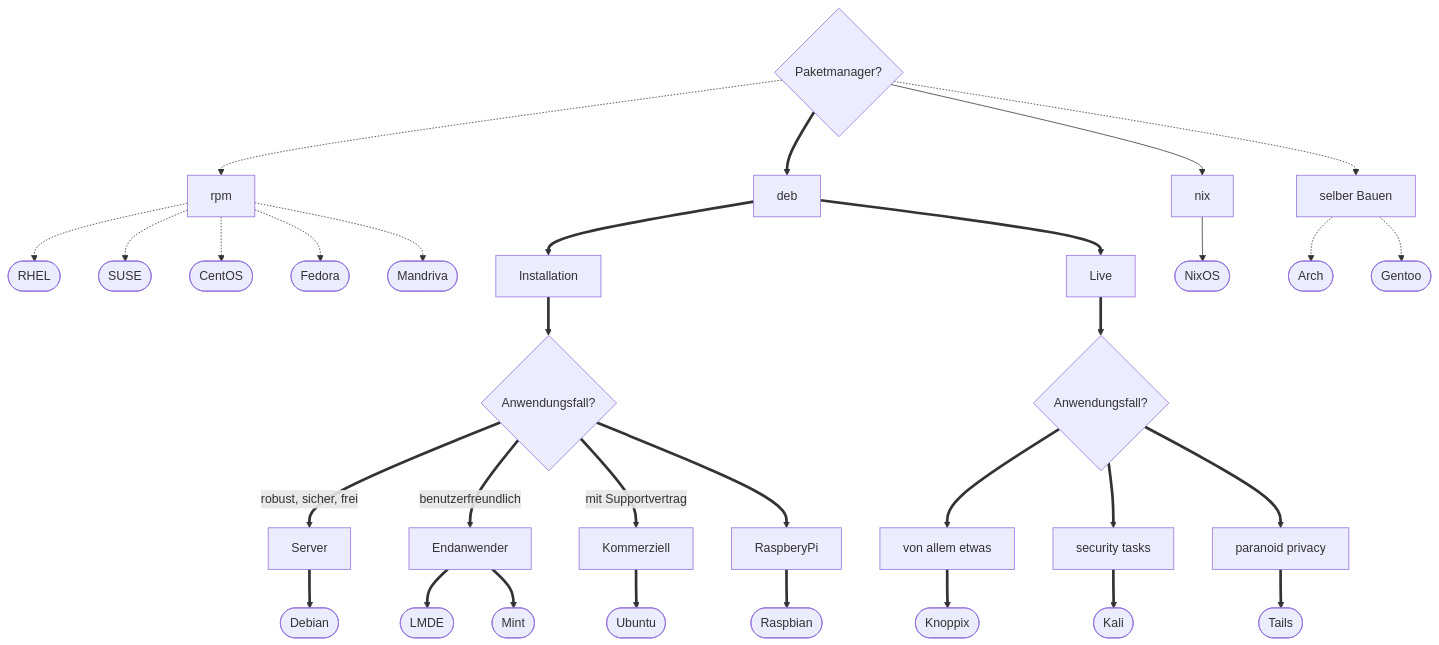
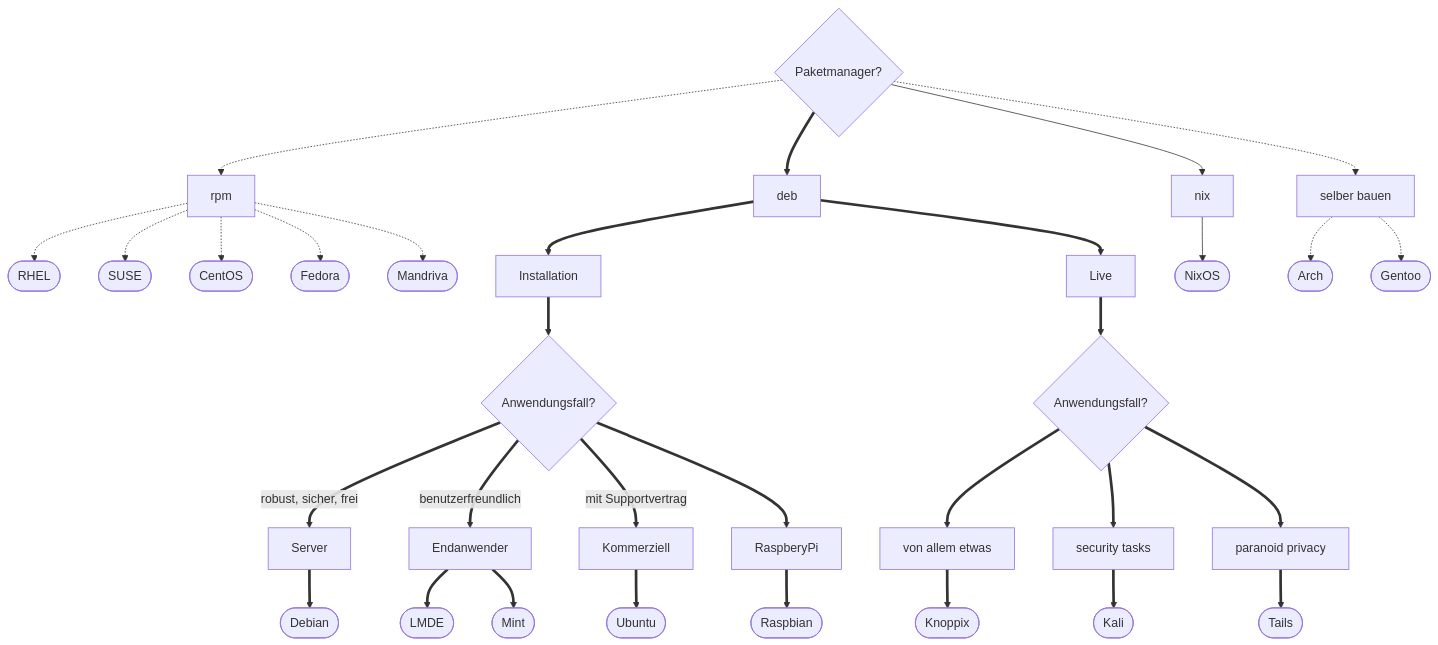
Before and after one commit to johannesloetzsch/linux-praktikum: the first of 2 diagrams in src/installation/grundlagen/entscheidungen.md, drawn with Mermaid. The commit also changed other lines of this file and 16 other files, not shown here.

````diff
--- a/src/installation/grundlagen/entscheidungen.md
+++ b/src/installation/grundlagen/entscheidungen.md
@@ -5,34 +5,34 @@
 ```mermaid
 flowchart TD
     Paketmanager{Paketmanager?}
     Paketmanager -.-> rpm
     rpm -.-> RHEL([RHEL])
     rpm -.-> SUSE([SUSE])
     rpm -.-> CentOS([CentOS])
     rpm -.-> Fedora([Fedora])
     rpm -.-> Mandriva([Mandriva])
     Paketmanager ==> deb
     deb ==> Installation
     Installation ==> Anwendungsfall{Anwendungsfall?}
     Anwendungsfall == robust, sicher, frei ==> Server
     Server ==> Debian([Debian])
     Anwendungsfall == benutzerfreundlich ==> Endanwender
     Endanwender ==> LMDE([LMDE])
     Endanwender ==> Mint([Mint])
     Anwendungsfall == mit Supportvertrag ==> Kommerziell
     Kommerziell ==> Ubuntu([Ubuntu])
     Anwendungsfall ==> RaspberyPi
     RaspberyPi ==> Raspbian([Raspbian])
     deb ==> Live ==> AnwendungsfallLive{Anwendungsfall?}
     AnwendungsfallLive ==> alles[von allem etwas]
     alles ==> Knoppix([Knoppix])
     AnwendungsfallLive ==> Security[security tasks]
     Security ==> Kali([Kali])
     AnwendungsfallLive ==> Privacy[paranoid privacy]
     Privacy ==> Tails([Tails])
     Paketmanager --> nix
     nix --> NixOS([NixOS])
-    Paketmanager -.-> selber[selber Bauen]
+    Paketmanager -.-> selber[selber bauen]
     selber -.-> Arch([Arch])
     selber -.-> Gentoo([Gentoo])
 ```
````
